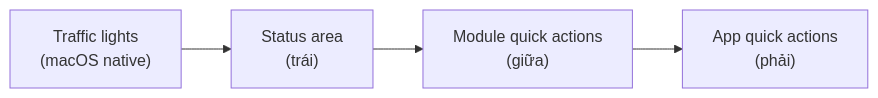
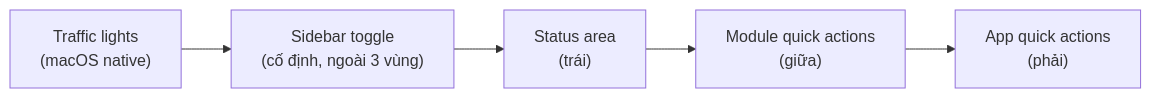
The diagram in content/projects/dev-kit/title-bar.mdx (syurodev/base), drawn with Mermaid before and after one commit. The commit also changed other lines of this file, not shown here.

First line of the commit message:
docs(dev-kit): add fixed sidebar toggle to title bar spec

````diff
--- a/content/projects/dev-kit/title-bar.mdx
+++ b/content/projects/dev-kit/title-bar.mdx
@@ -10,6 +14,7 @@
 ```mermaid
 flowchart LR
-  TL["Traffic lights\n(macOS native)"] --> ST["Status area\n(trái)"]
+  TL["Traffic lights\n(macOS native)"] --> SB["Sidebar toggle\n(cố định, ngoài 3 vùng)"]
+  SB --> ST["Status area\n(trái)"]
   ST --> MA["Module quick actions\n(giữa)"]
   MA --> APP["App quick actions\n(phải)"]
 ```
````
